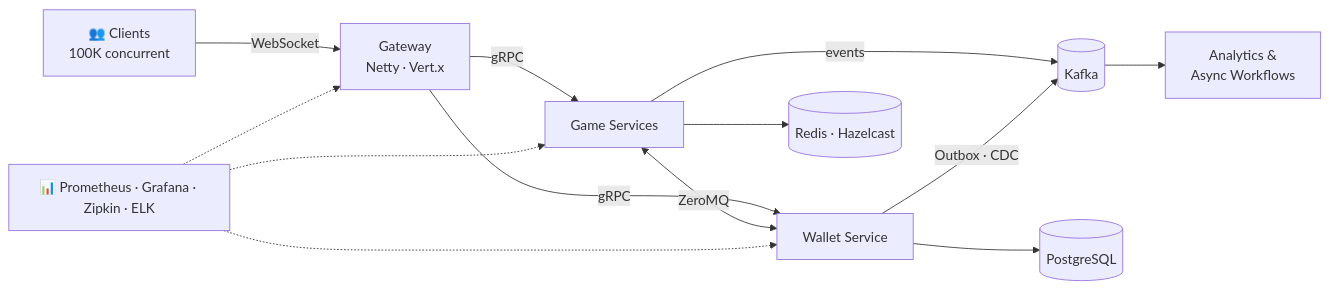
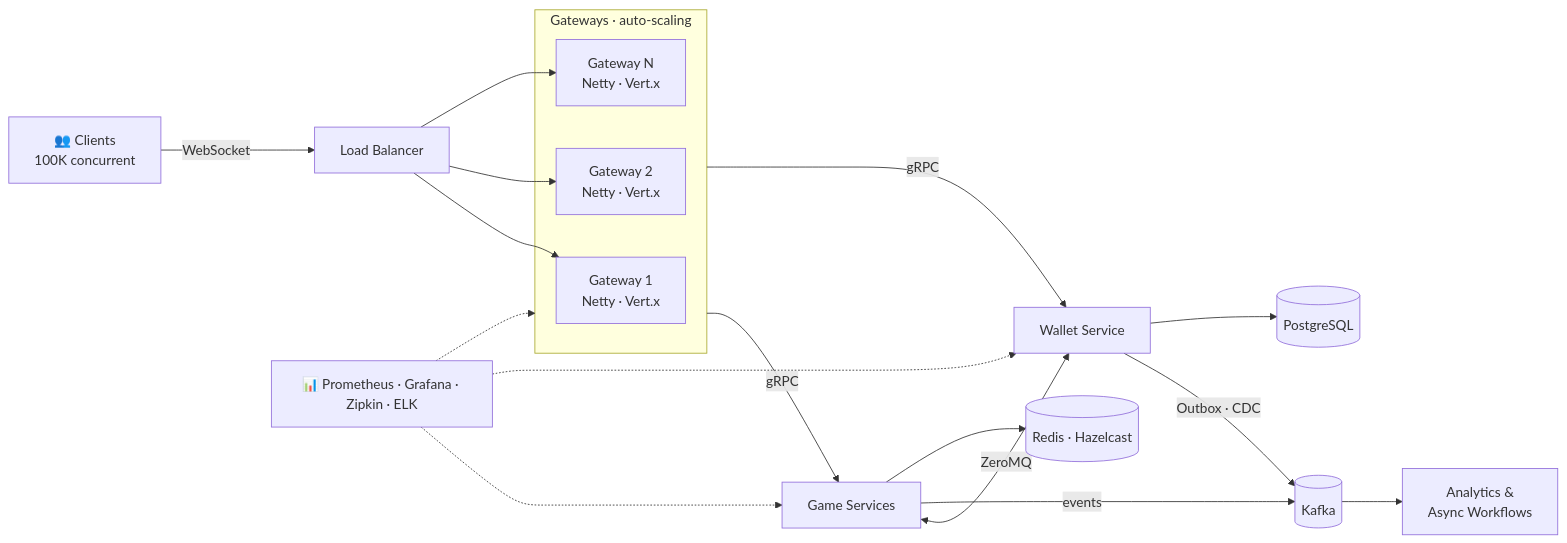
Before and after one commit to JavidanAlizada/JavidanAlizada: the diagram in README.md, drawn with Mermaid. The commit also changed other lines of this file, not shown here.

Commit message:
Show auto-scaling gateways behind a load balancer in architecture diagram

````diff
--- a/README.md
+++ b/README.md
@@ -53,13 +53,19 @@
 ```mermaid
 flowchart LR
-    C["👥 Clients<br/>100K concurrent"] -->|WebSocket| G["Gateway<br/>Netty · Vert.x"]
-    G -->|gRPC| GS["Game Services"]
-    G -->|gRPC| WS["Wallet Service"]
+    C["👥 Clients<br/>100K concurrent"] -->|WebSocket| LB["Load Balancer"]
+    subgraph GW["Gateways · auto-scaling"]
+        G1["Gateway 1<br/>Netty · Vert.x"]
+        G2["Gateway 2<br/>Netty · Vert.x"]
+        GN["Gateway N<br/>Netty · Vert.x"]
+    end
+    LB --> G1 & G2 & GN
+    GW -->|gRPC| GS["Game Services"]
+    GW -->|gRPC| WS["Wallet Service"]
     GS <-->|ZeroMQ| WS
     GS -->|events| K[("Kafka")]
     WS -->|Outbox · CDC| K
     K --> AN["Analytics &<br/>Async Workflows"]
     GS --> R[("Redis · Hazelcast")]
     WS --> P[("PostgreSQL")]
-    OBS["📊 Prometheus · Grafana · Zipkin · ELK"] -.-> G & GS & WS
+    OBS["📊 Prometheus · Grafana · Zipkin · ELK"] -.-> GW & GS & WS
 ```
````
